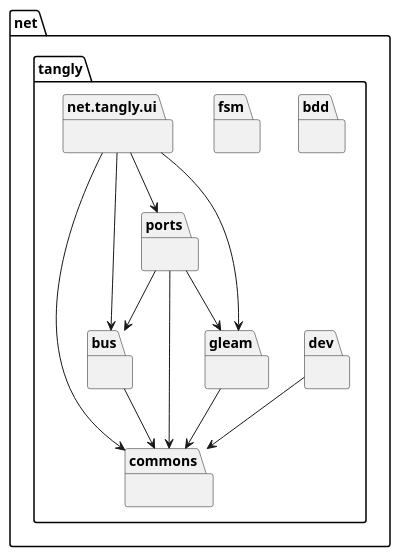
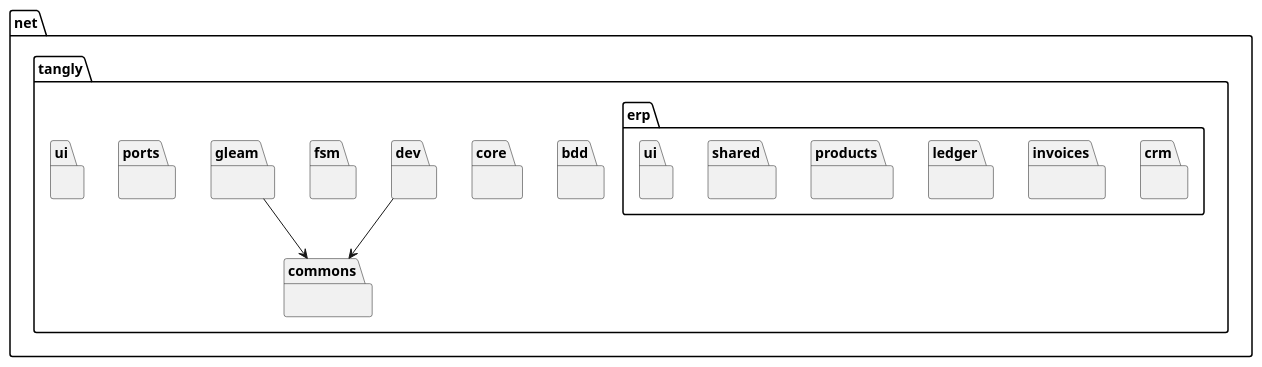
Before and after one commit to tangly-team/tangly-os: the diagram in src/site/website/content/ideas/components-publication.adoc, drawn with PlantUML. The commit also changed other lines of this file, not shown here.

```diff
--- a/src/site/website/content/ideas/components-publication.adoc
+++ b/src/site/website/content/ideas/components-publication.adoc
@@ -54,37 +43,47 @@
 [plantuml,tangly-componentsDependencies,svg,svg-type="interactive"]
 ....
 package net.tangly.bdd [[https://tangly-team.bitbucket.io/docs/bdd/]] {
-}
-package net.tangly.bus [[https://tangly-team.bitbucket.io/docs/bus/]] {
 }
 
 package net.tangly.commons [[https://tangly-team.bitbucket.io/docs/commons/]] {
 }
 
-net.tangly.bus --> net.tangly.commons
+package net.tangly.core [[https://tangly-team.bitbucket.io/docs/core/]] {
+}
+
 package net.tangly.dev [[https://tangly-team.bitbucket.io/docs/dev/]] {
 }
-
 net.tangly.dev --> net.tangly.commons
 
 package net.tangly.fsm [[https://tangly-team.bitbucket.io/docs/fsm/]] {
 }
 
 package net.tangly.gleam [[https://tangly-team.bitbucket.io/docs/gleam/]] {
 }
-
 net.tangly.gleam --> net.tangly.commons
 
 package net.tangly.ports [[https://tangly-team.bitbucket.io/docs/ports/]] {
 }
 
-net.tangly.ports --> net.tangly.commons
-net.tangly.ports --> net.tangly.bus
-net.tangly.ports --> net.tangly.gleam
+package net.tangly.ui [[https://tangly-team.bitbucket.io/docs/ui/]] {
+}
 
-package net.tangly.ui {}
-net.tangly.ui --> net.tangly.commons
-net.tangly.ui --> net.tangly.bus
-net.tangly.ui --> net.tangly.gleam
-net.tangly.ui --> net.tangly.ports
+package net.tangly.erp.crm [[https://tangly-team.bitbucket.io/docs/erp/crm]] {
+}
+
+package net.tangly.erp.invoices [[https://tangly-team.bitbucket.io/docs/erp/invoices]] {
+}
+
+package net.tangly.erp.ledger [[https://tangly-team.bitbucket.io/docs/erp/ledger]] {
+}
+
+package net.tangly.erp.products [[https://tangly-team.bitbucket.io/docs/erp/products]] {
+}
+
+package net.tangly.erp.shared [[https://tangly-team.bitbucket.io/docs/erp/shared]] {
+}
+
+package net.tangly.erp.ui [[https://tangly-team.bitbucket.io/docs/erp/ui]] {
+}
+
 ....
```
